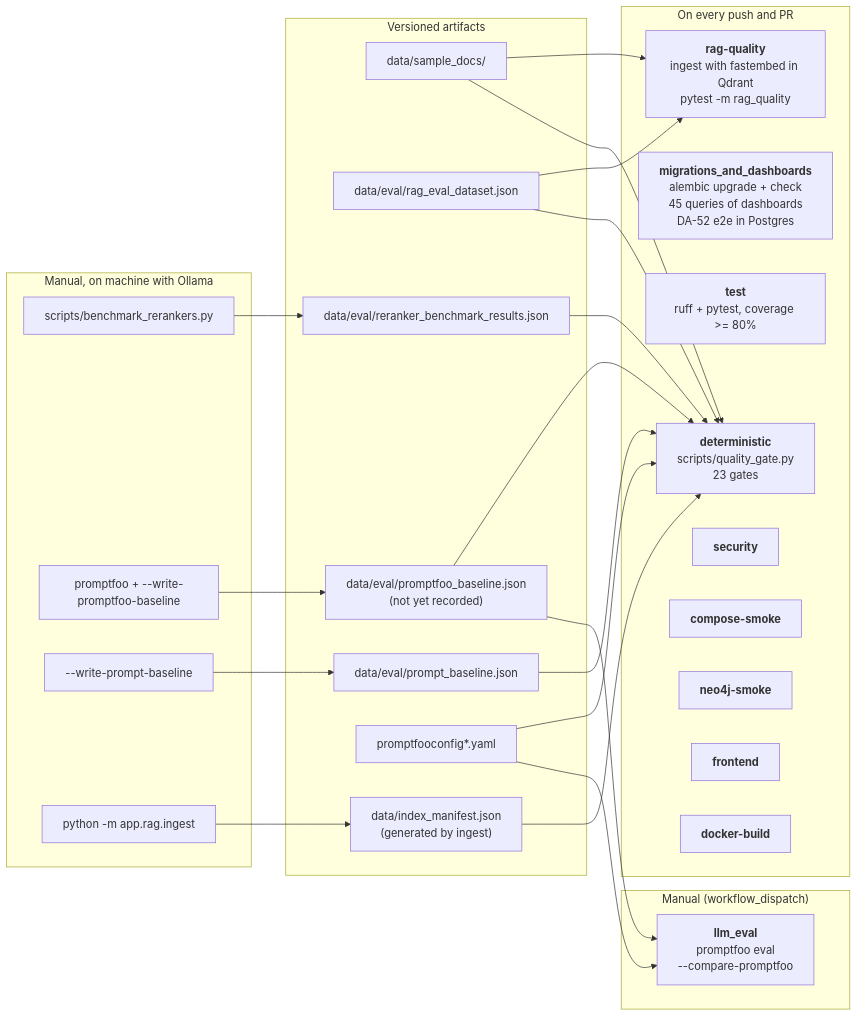
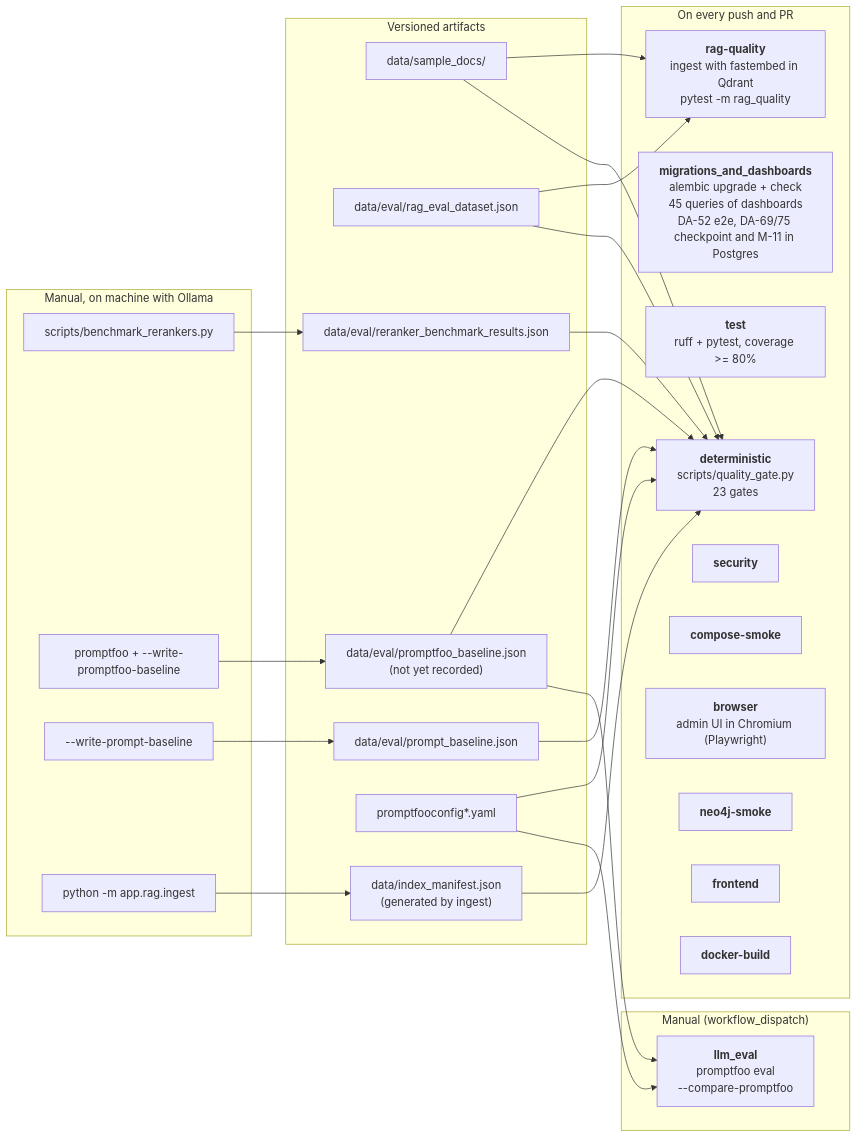
The diagram in docs/en/QUALITY_GATES.md (marcos-slima/integration-incident-copilot), drawn with Mermaid before and after one commit. The commit also changed 51 other files, not shown here.

````diff
--- a/docs/en/QUALITY_GATES.md
+++ b/docs/en/QUALITY_GATES.md
@@ -45,51 +45,52 @@
 ```mermaid
 flowchart LR
     subgraph artifacts["Versioned artifacts"]
         docs["data/sample_docs/"]
         ds["data/eval/rag_eval_dataset.json"]
         rb["data/eval/reranker_benchmark_results.json"]
         pb["data/eval/prompt_baseline.json"]
         fb["data/eval/promptfoo_baseline.json<br/>(not yet recorded)"]
         cfg["promptfooconfig*.yaml"]
         mf["data/index_manifest.json<br/>(generated by ingest)"]
     end
 
     subgraph pr["On every push and PR"]
         det["<b>deterministic</b><br/>scripts/quality_gate.py<br/>23 gates"]
-        mig["<b>migrations_and_dashboards</b><br/>alembic upgrade + check<br/>45 queries of dashboards<br/>DA-52 e2e in Postgres"]
+        mig["<b>migrations_and_dashboards</b><br/>alembic upgrade + check<br/>45 queries of dashboards<br/>DA-52 e2e, DA-69/75 checkpoint and M-11 in Postgres"]
         tst["<b>test</b><br/>ruff + pytest, coverage >= 80%"]
         rq["<b>rag-quality</b><br/>ingest with fastembed in Qdrant<br/>pytest -m rag_quality"]
         sec["<b>security</b>"]
         cs["<b>compose-smoke</b>"]
+        br["<b>browser</b><br/>admin UI in Chromium (Playwright)"]
         n4["<b>neo4j-smoke</b>"]
         fe["<b>frontend</b>"]
         db["<b>docker-build</b>"]
     end
 
     subgraph scheduled["Manual (workflow_dispatch)"]
         llm["<b>llm_eval</b><br/>promptfoo eval<br/>--compare-promptfoo"]
     end
 
     subgraph manual["Manual, on machine with Ollama"]
         bm["scripts/benchmark_rerankers.py"]
         pf["promptfoo + --write-promptfoo-baseline"]
         pd["--write-prompt-baseline"]
         ing["python -m app.rag.ingest"]
     end
 
     docs --> rq
     ds --> rq
     ds --> det
     docs --> det
     rb --> det
     pb --> det
     cfg --> det
     fb --> det
     mf --> det
     cfg --> llm
     fb --> llm
     bm --> rb
     pf --> fb
     pd --> pb
     ing --> mf
 ```
````
